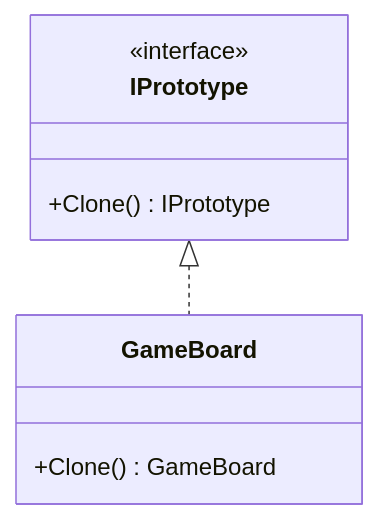
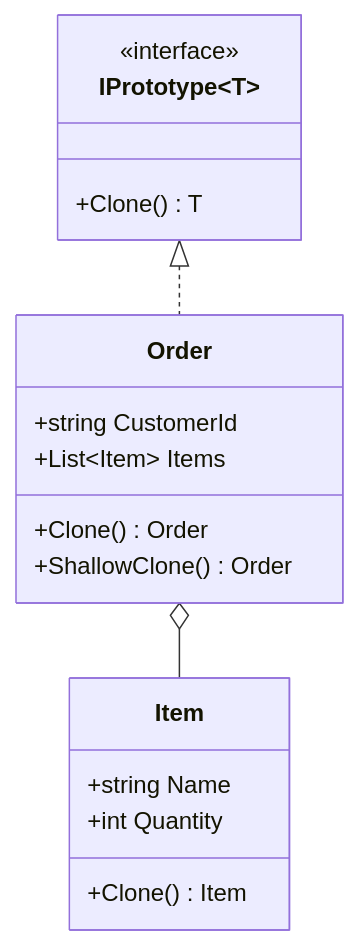
Before and after one commit to tushardongre1990/LLD-Claude: the first of 2 diagrams in 00-Foundations/04-Design-Patterns/Creational/Prototype/notes.md, drawn with Mermaid. The commit also changed other lines of this file and 52 other files, not shown here.

First line of the commit message:
docs(03-SOLID, 04-Patterns): make notes self-contained; fix diagram/code drift

````diff
--- a/00-Foundations/04-Design-Patterns/Creational/Prototype/notes.md
+++ b/00-Foundations/04-Design-Patterns/Creational/Prototype/notes.md
@@ -11,11 +11,20 @@
 ```mermaid
 classDiagram
-    class IPrototype {
+    class IPrototype~T~ {
         <<interface>>
-        +Clone() IPrototype
+        +Clone() T
     }
-    class GameBoard {
-        +Clone() GameBoard
+    class Order {
+        +string CustomerId
+        +List~Item~ Items
+        +Clone() Order
+        +ShallowClone() Order
     }
-    IPrototype <|.. GameBoard
+    class Item {
+        +string Name
+        +int Quantity
+        +Clone() Item
+    }
+    IPrototype~T~ <|.. Order
+    Order o-- Item
 ```
````
